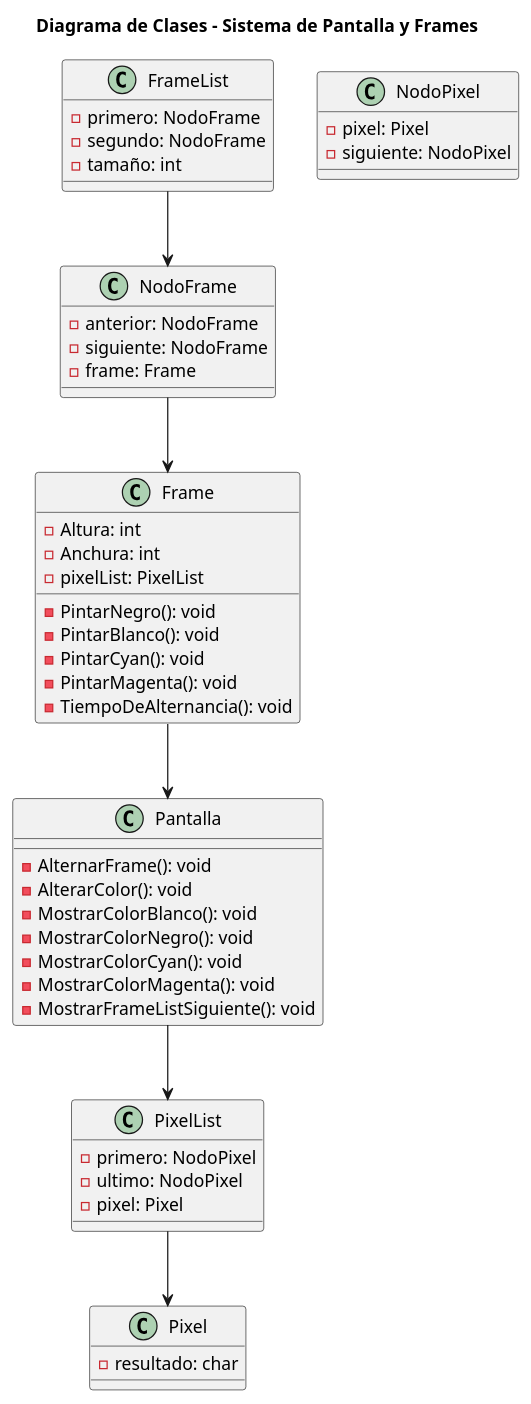
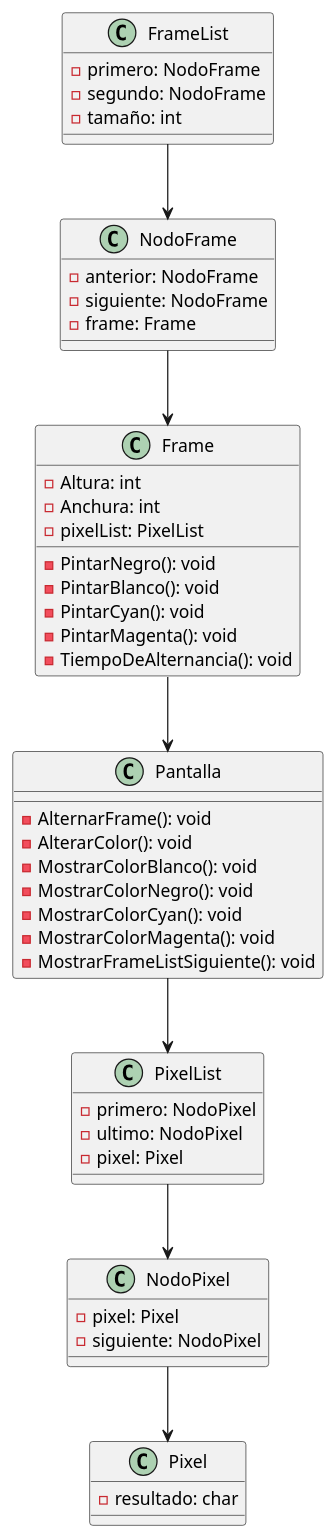
The diagram in entregas/grizoniManuela/Reto001/Ejercicio2/Diagrama2.puml (mmasias/24-25-EDA2), drawn with PlantUML before and after one commit. The commit also changed other lines of this file and 16 other files, not shown here.

Commit message:
Implementación ejercicio 1 y diagrama2

```diff
--- a/entregas/grizoniManuela/Reto001/Ejercicio2/Diagrama2.puml
+++ b/entregas/grizoniManuela/Reto001/Ejercicio2/Diagrama2.puml
@@ -1,59 +1,58 @@
 @startuml
-
-title Diagrama de Clases - Sistema de Pantalla y Frames
 
 class Pantalla {
   - AlternarFrame(): void
   - AlterarColor(): void
   - MostrarColorBlanco(): void
   - MostrarColorNegro(): void
   - MostrarColorCyan(): void
   - MostrarColorMagenta(): void
   - MostrarFrameListSiguiente(): void
 }
 
 class FrameList {
   - primero: NodoFrame
   - segundo: NodoFrame
   - tamaño: int
 }
 
 class NodoFrame {
   - anterior: NodoFrame
   - siguiente: NodoFrame
   - frame: Frame
 }
 
 class Frame {
   - PintarNegro(): void
   - PintarBlanco(): void
   - PintarCyan(): void
   - PintarMagenta(): void
   - TiempoDeAlternancia(): void
   - Altura: int
   - Anchura: int
   - pixelList: PixelList
 }
 
 class PixelList {
   - primero: NodoPixel
   - ultimo: NodoPixel
   - pixel: Pixel
 }
 
 class NodoPixel {
   - pixel: Pixel
   - siguiente: NodoPixel
 }
 
 class Pixel {
   - resultado: char
 }
 
 FrameList --> NodoFrame
 NodoFrame --> Frame
 Frame --> Pantalla
 Pantalla --> PixelList
-PixelList --> Pixel
+PixelList --> NodoPixel
+NodoPixel --> Pixel
 
 @enduml
```
